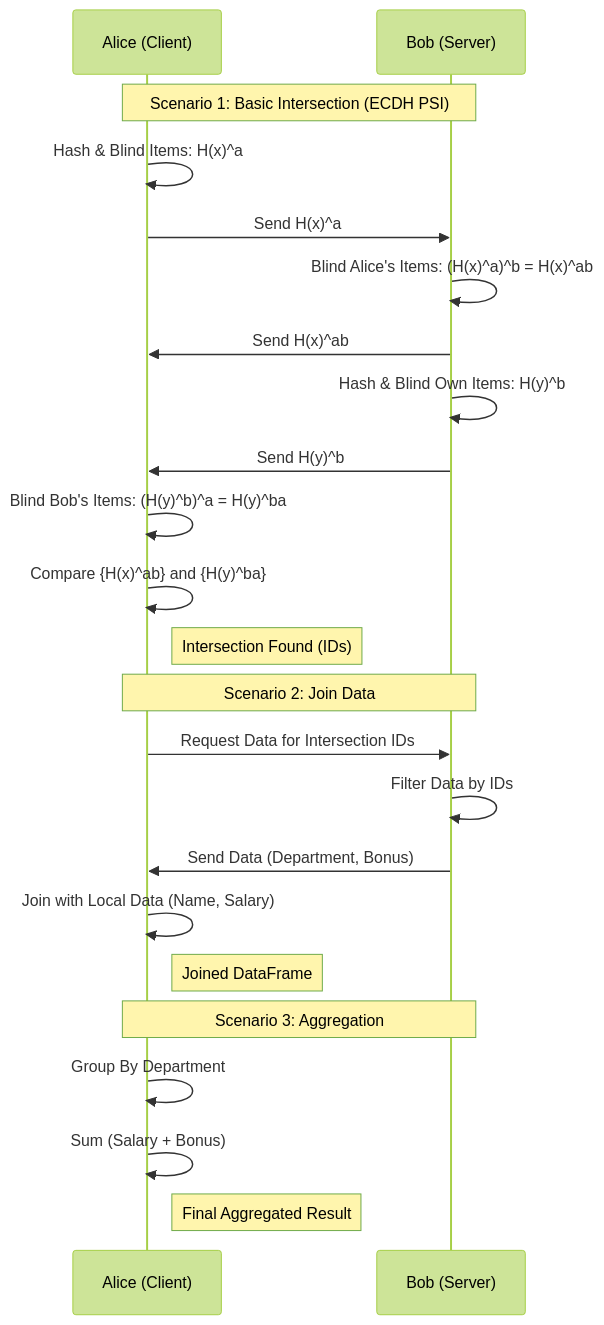
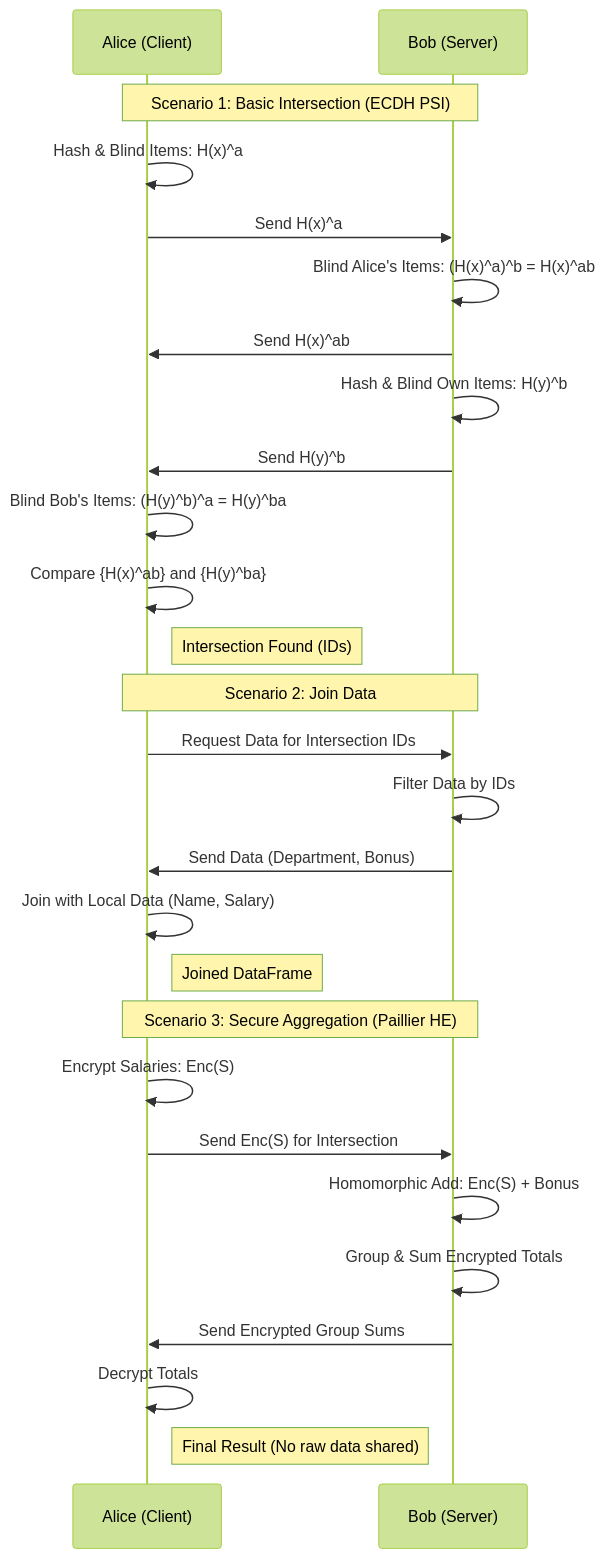
Before and after one commit to chayasin/psi-demo: the diagram in walkthrough.md, drawn with Mermaid (forest theme). The commit also changed 4 other files, not shown here.

Commit message:
Implement Secure Aggregation with Paillier HE

````diff
--- a/walkthrough.md
+++ b/walkthrough.md
@@ -78,28 +78,32 @@
 ```mermaid
 sequenceDiagram
     participant A as Alice (Client)
     participant B as Bob (Server)
     
     Note over A, B: Scenario 1: Basic Intersection (ECDH PSI)
     A->>A: Hash & Blind Items: H(x)^a
     A->>B: Send H(x)^a
     B->>B: Blind Alice's Items: (H(x)^a)^b = H(x)^ab
     B->>A: Send H(x)^ab
     B->>B: Hash & Blind Own Items: H(y)^b
     B->>A: Send H(y)^b
     A->>A: Blind Bob's Items: (H(y)^b)^a = H(y)^ba
     A->>A: Compare {H(x)^ab} and {H(y)^ba}
     Note right of A: Intersection Found (IDs)
 
     Note over A, B: Scenario 2: Join Data
     A->>B: Request Data for Intersection IDs
     B->>B: Filter Data by IDs
     B->>A: Send Data (Department, Bonus)
     A->>A: Join with Local Data (Name, Salary)
     Note right of A: Joined DataFrame
 
-    Note over A, B: Scenario 3: Aggregation
-    A->>A: Group By Department
-    A->>A: Sum (Salary + Bonus)
-    Note right of A: Final Aggregated Result
+    Note over A, B: Scenario 3: Secure Aggregation (Paillier HE)
+    A->>A: Encrypt Salaries: Enc(S)
+    A->>B: Send Enc(S) for Intersection
+    B->>B: Homomorphic Add: Enc(S) + Bonus
+    B->>B: Group & Sum Encrypted Totals
+    B->>A: Send Encrypted Group Sums
+    A->>A: Decrypt Totals
+    Note right of A: Final Result (No raw data shared)
 ```
````
